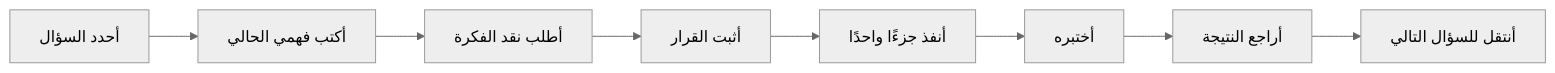
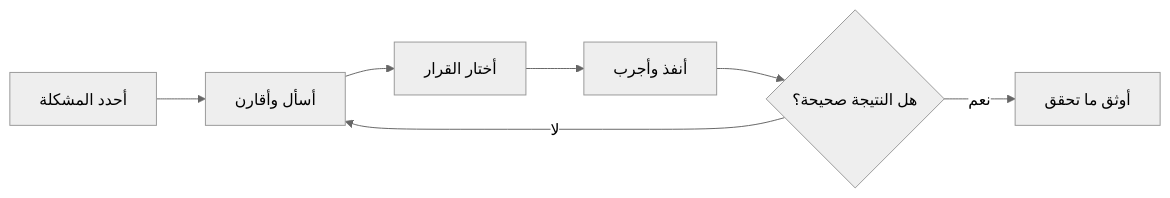
Before and after one commit to Alhareith/manuscript-doctor: the diagram in docs/AI-prompts.md, drawn with Mermaid (neutral theme). The commit also changed other lines of this file, not shown here.

````diff
--- a/docs/AI-prompts.md
+++ b/docs/AI-prompts.md
@@ -1198,11 +67,9 @@
-```mermaid id="j4g81k"
+```mermaid
 flowchart LR
-
-    A["أحدد السؤال"] --> B["أكتب فهمي الحالي"]
-    B --> C["أطلب نقد الفكرة"]
-    C --> D["أثبت القرار"]
-    D --> E["أنفذ جزءًا واحدًا"]
-    E --> F["أختبره"]
-    F --> G["أراجع النتيجة"]
-    G --> H["أنتقل للسؤال التالي"]
+    A["أحدد المشكلة"] --> B["أسأل وأقارن"]
+    B --> C["أختار القرار"]
+    C --> D["أنفذ وأجرب"]
+    D --> E{"هل النتيجة صحيحة؟"}
+    E -->|"لا"| B
+    E -->|"نعم"| F["أوثق ما تحقق"]
 ```
````
